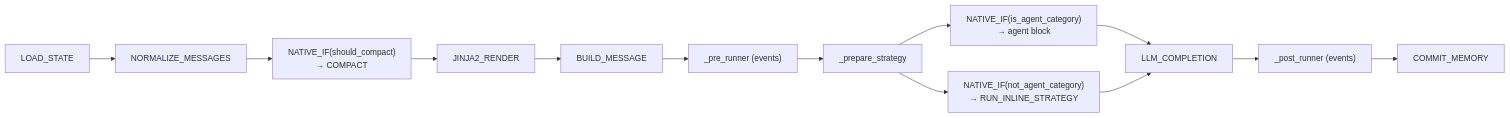
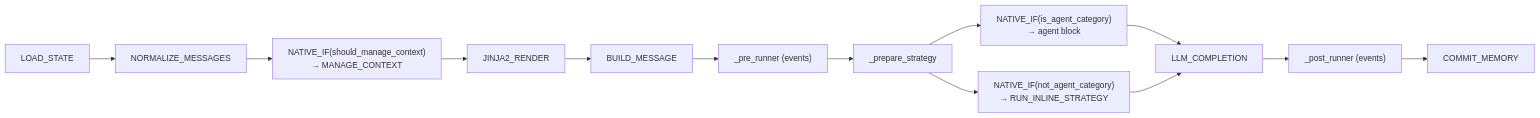
Before and after one commit to AmritaBot/AmritaCore: the first of 2 diagrams in docs/docs/guide/advanced/workflow-engine.md, drawn with Mermaid. The commit also changed other lines of this file and 38 other files, not shown here.

````diff
--- a/docs/docs/guide/advanced/workflow-engine.md
+++ b/docs/docs/guide/advanced/workflow-engine.md
@@ -10,15 +10,15 @@
 ```mermaid
 flowchart LR
     A["LOAD_STATE"] --> N["NORMALIZE_MESSAGES"]
-    N --> Q["NATIVE_IF(should_compact)<br/>→ COMPACT"]
+    N --> Q["NATIVE_IF(should_manage_context)<br/>→ MANAGE_CONTEXT"]
     Q --> B["JINJA2_RENDER"]
     B --> C["BUILD_MESSAGE"]
     C --> D["_pre_runner (events)"]
     D --> P["_prepare_strategy"]
     P --> E["NATIVE_IF(is_agent_category)<br/>→ agent block"]
     P --> E2["NATIVE_IF(not_agent_category)<br/>→ RUN_INLINE_STRATEGY"]
     E --> F["LLM_COMPLETION"]
     E2 --> F
     F --> G["_post_runner (events)"]
     G --> H["COMMIT_MEMORY"]
 ```
````
